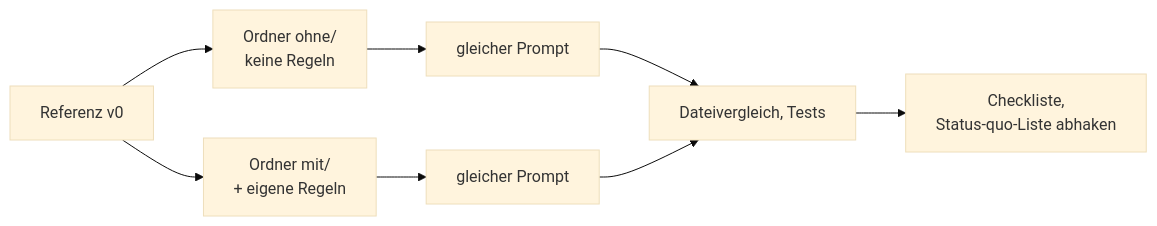
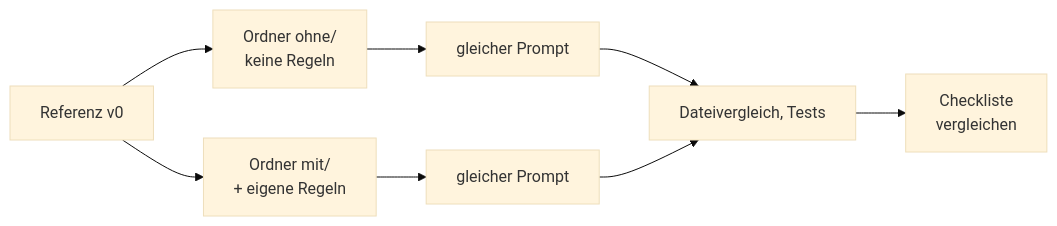
The diagram in m04-instructions/l03-compare.md (kodschul/kodschul-agentic-coding-copilot), drawn with Mermaid (base theme) before and after one commit. The commit also changed other lines of this file and 28 other files, not shown here.

````diff
--- a/m04-instructions/l03-compare.md
+++ b/m04-instructions/l03-compare.md
@@ -34,10 +34,10 @@
 ```mermaid
 flowchart LR
     V["Referenz v0"] --> O["Ordner ohne/<br/>keine Regeln"]
     V --> M["Ordner mit/<br/>+ eigene Regeln"]
     O --> PO["gleicher Prompt"]
     M --> PM["gleicher Prompt"]
     PO --> D["Dateivergleich, Tests"]
     PM --> D
-    D --> C["Checkliste,<br/>Status-quo-Liste abhaken"]
+    D --> C["Checkliste<br/>vergleichen"]
 ```
````
